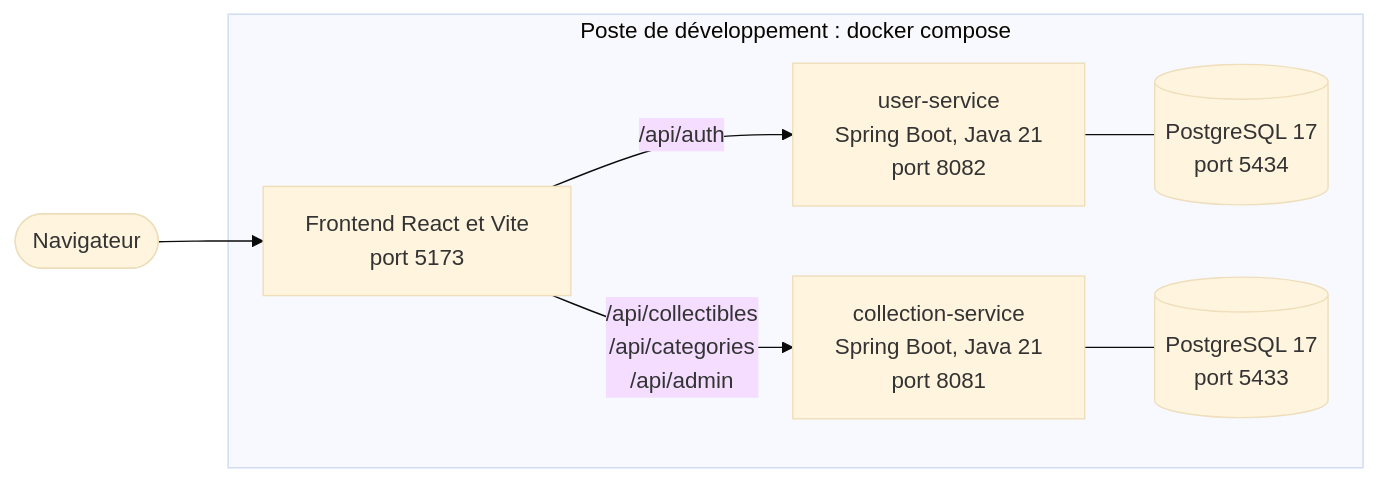
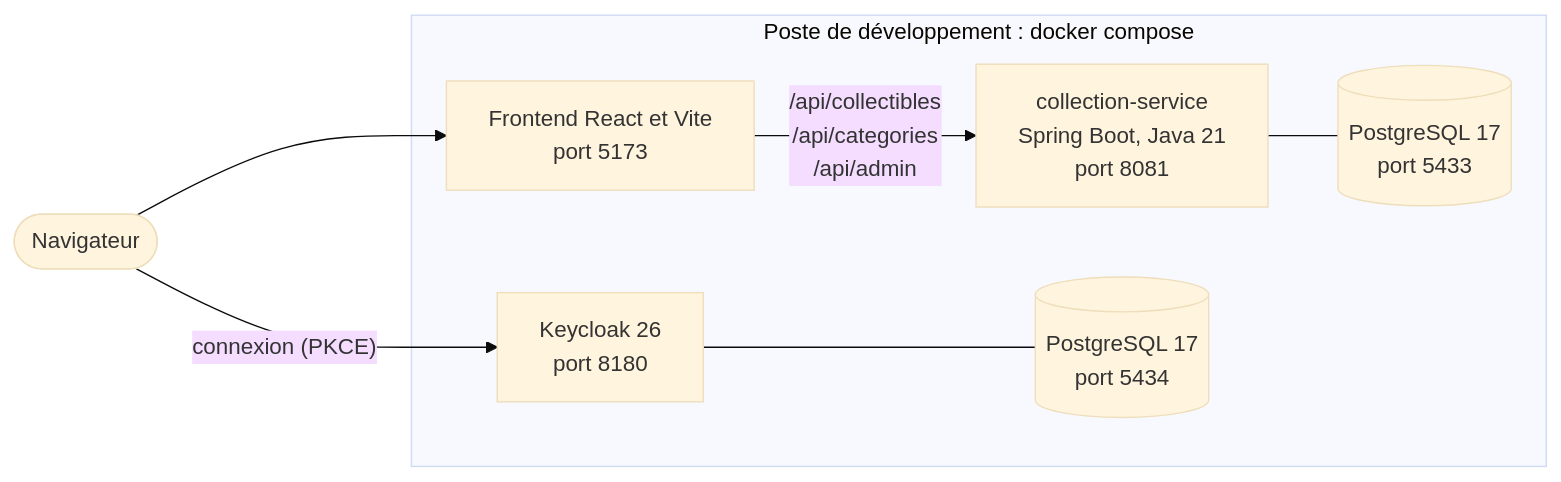
Before and after one commit to WALAAHAJJ/collector-indiv: the second of 7 diagrams in docs/architecture.md, drawn with Mermaid (base theme). The commit also changed other lines of this file and 5 other files, not shown here.

First line of the commit message:
docs: authentification Keycloak, retrait du user-service et comparaison des solutions

````diff
--- a/docs/architecture.md
+++ b/docs/architecture.md
@@ -40,17 +40,17 @@
 ```mermaid
 flowchart LR
     nav(["Navigateur"])
     subgraph dev["Poste de développement : docker compose"]
         vite["Frontend React et Vite<br/>port 5173"]
-        us["user-service<br/>Spring Boot, Java 21<br/>port 8082"]
+        kc["Keycloak 26<br/>port 8180"]
         cs["collection-service<br/>Spring Boot, Java 21<br/>port 8081"]
-        udb[("PostgreSQL 17<br/>port 5434")]
+        kdb[("PostgreSQL 17<br/>port 5434")]
         cdb[("PostgreSQL 17<br/>port 5433")]
     end
 
     nav --> vite
-    vite -->|"/api/auth"| us
+    nav -->|"connexion (PKCE)"| kc
     vite -->|"/api/collectibles<br/>/api/categories<br/>/api/admin"| cs
-    us --- udb
+    kc --- kdb
     cs --- cdb
 ```
````
